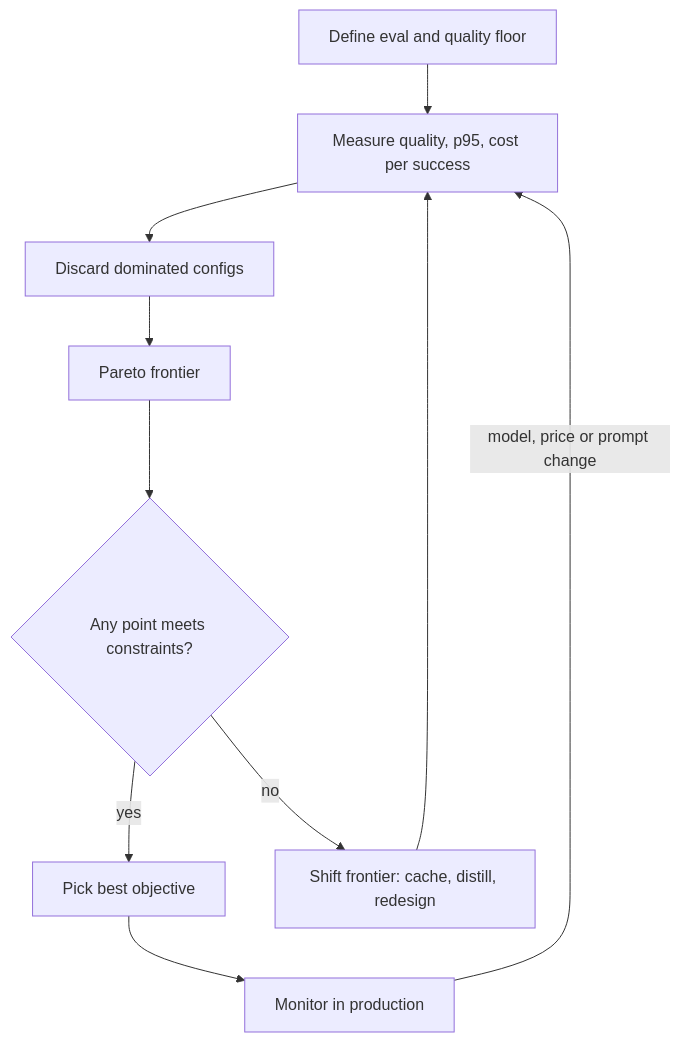
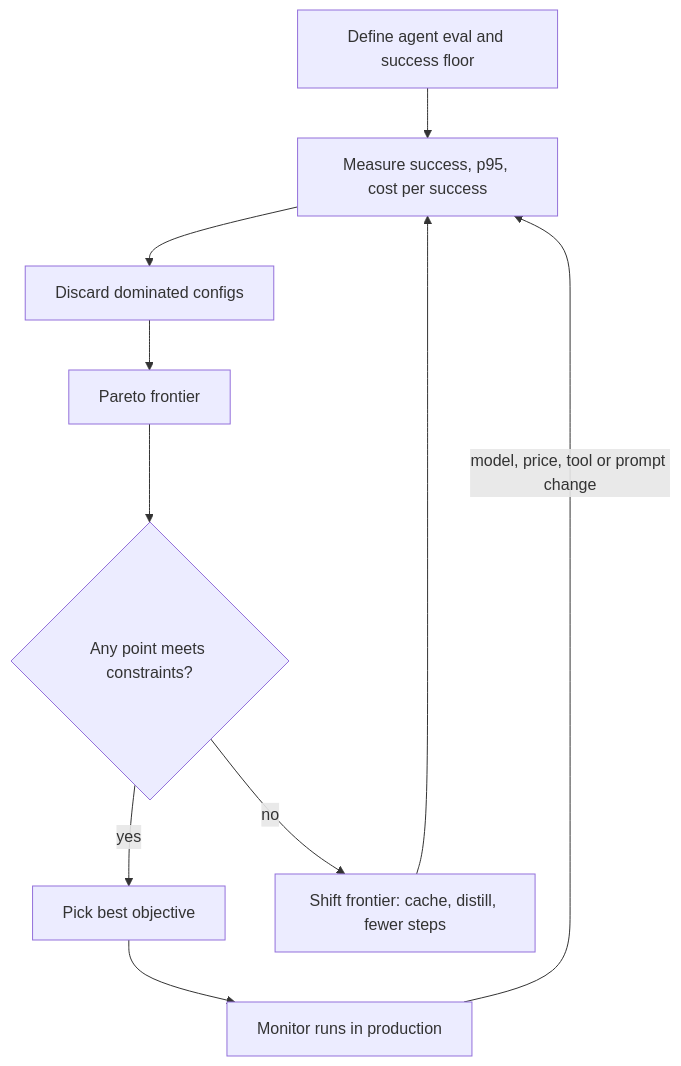
Before and after one commit to lovishmahajan97/agentic-learning: the diagram in content/infra-capacity-economics/quality-latency-cost-optimization.md, drawn with Mermaid. The commit also changed other lines of this file and 266 other files, not shown here.

````diff
--- a/content/infra-capacity-economics/quality-latency-cost-optimization.md
+++ b/content/infra-capacity-economics/quality-latency-cost-optimization.md
@@ -155,12 +187,12 @@
 ```mermaid
 flowchart TD
-    E["Define eval and quality floor"] --> M["Measure quality, p95, cost per success"]
+    E["Define agent eval and success floor"] --> M["Measure success, p95, cost per success"]
     M --> D["Discard dominated configs"]
     D --> F["Pareto frontier"]
     F --> C{"Any point meets constraints?"}
     C -->|"yes"| P["Pick best objective"]
-    C -->|"no"| S["Shift frontier: cache, distill, redesign"]
+    C -->|"no"| S["Shift frontier: cache, distill, fewer steps"]
     S --> M
-    P --> R["Monitor in production"]
-    R -->|"model, price or prompt change"| M
+    P --> R["Monitor runs in production"]
+    R -->|"model, price, tool or prompt change"| M
 ```
````
